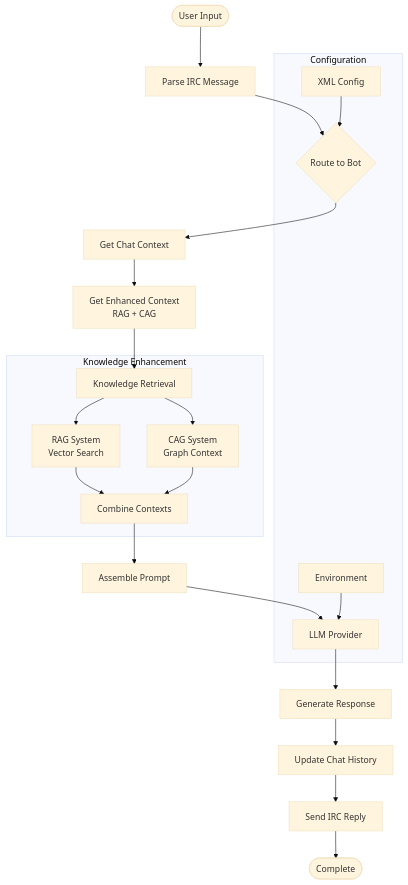
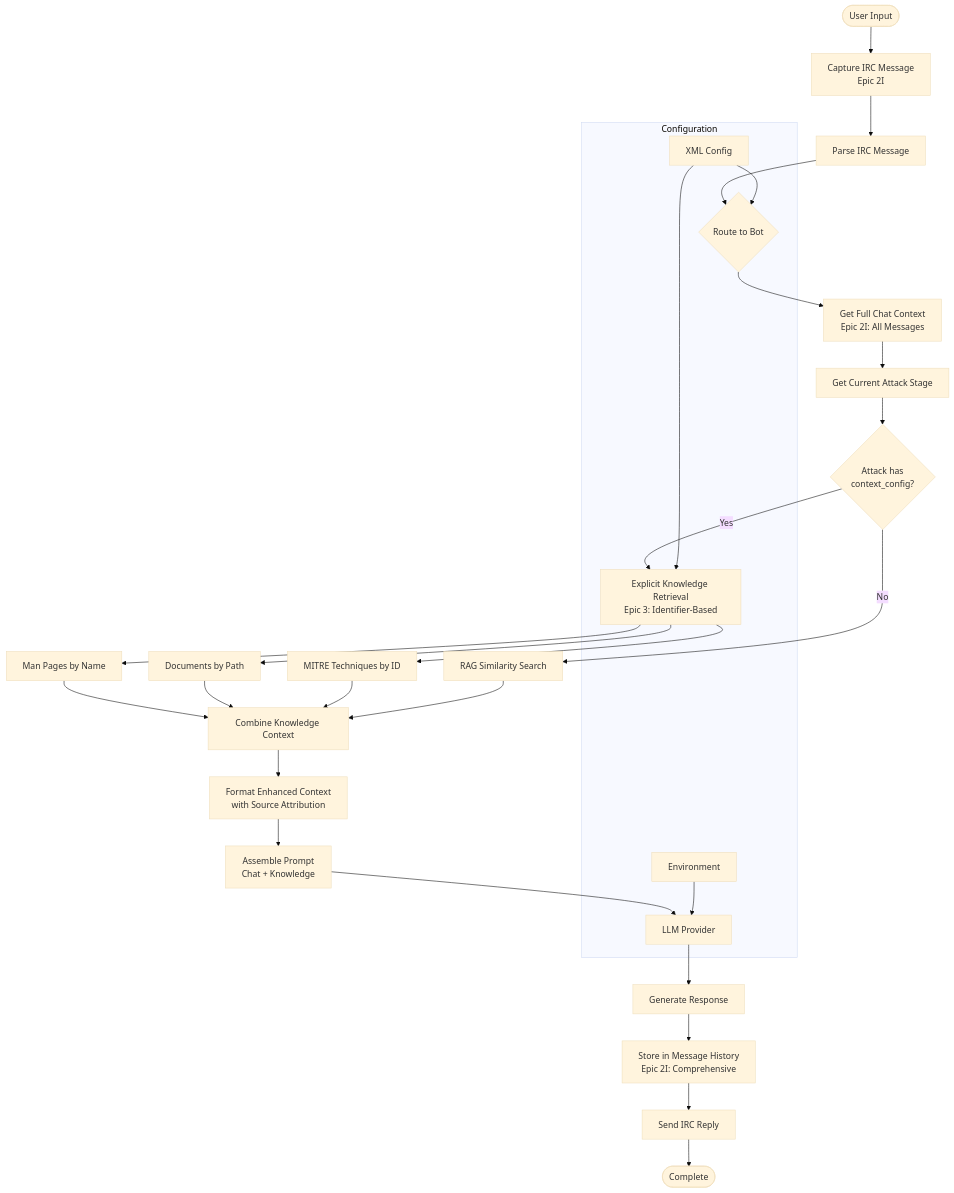
Before and after one commit to mission-deny-the-mission/opt_hackerbot: the third of 8 diagrams in docs/architecture.md, drawn with Mermaid (base theme). The commit also changed other lines of this file and 1 other file, not shown here.

````diff
--- a/docs/architecture.md
+++ b/docs/architecture.md
@@ -277,30 +300,38 @@
 ```mermaid
 flowchart TD
-    START([User Input]) --> PARSE[Parse IRC Message]
+    START([User Input]) --> CAPTURE[Capture IRC Message<br/>Epic 2I]
+    CAPTURE --> PARSE[Parse IRC Message]
     PARSE --> ROUTE{Route to Bot}
     
-    ROUTE --> CONTEXT[Get Chat Context]
-    CONTEXT --> ENHANCE[Get Enhanced Context<br/>RAG + CAG]
+    ROUTE --> CHAT_CONTEXT[Get Full Chat Context<br/>Epic 2I: All Messages]
+    CHAT_CONTEXT --> ATTACK_STAGE[Get Current Attack Stage]
     
-    ENHANCE --> KNOWLEDGE[Knowledge Retrieval]
-    subgraph "Knowledge Enhancement"
-        KNOWLEDGE --> RAG[RAG System<br/>Vector Search]
-        KNOWLEDGE --> CAG[CAG System<br/>Graph Context]
-        RAG --> COMBINE[Combine Contexts]
-        CAG --> COMBINE
-    end
+    ATTACK_STAGE --> CHECK_CONFIG{Attack has<br/>context_config?}
+    CHECK_CONFIG -->|Yes| EXPLICIT[Explicit Knowledge Retrieval<br/>Epic 3: Identifier-Based]
+    CHECK_CONFIG -->|No| RAG_ONLY[RAG Similarity Search]
     
-    COMBINE --> PROMPT[Assemble Prompt]
+    EXPLICIT --> MAN_PAGES[Man Pages by Name]
+    EXPLICIT --> DOCS[Documents by Path]
+    EXPLICIT --> MITRE[MITRE Techniques by ID]
+    
+    MAN_PAGES --> COMBINE[Combine Knowledge Context]
+    DOCS --> COMBINE
+    MITRE --> COMBINE
+    RAG_ONLY --> COMBINE
+    
+    COMBINE --> ENHANCE[Format Enhanced Context<br/>with Source Attribution]
+    ENHANCE --> PROMPT[Assemble Prompt<br/>Chat + Knowledge]
     PROMPT --> LLM[LLM Provider]
     LLM --> RESPONSE[Generate Response]
-    RESPONSE --> HISTORY[Update Chat History]
-    HISTORY --> REPLY[Send IRC Reply]
+    RESPONSE --> STORE[Store in Message History<br/>Epic 2I: Comprehensive]
+    STORE --> REPLY[Send IRC Reply]
     REPLY --> END([Complete])
     
     subgraph "Configuration"
         CONFIG[XML Config]
         ENV[Environment]
         CONFIG --> ROUTE
+        CONFIG --> EXPLICIT
         ENV --> LLM
     end
 ```
````
